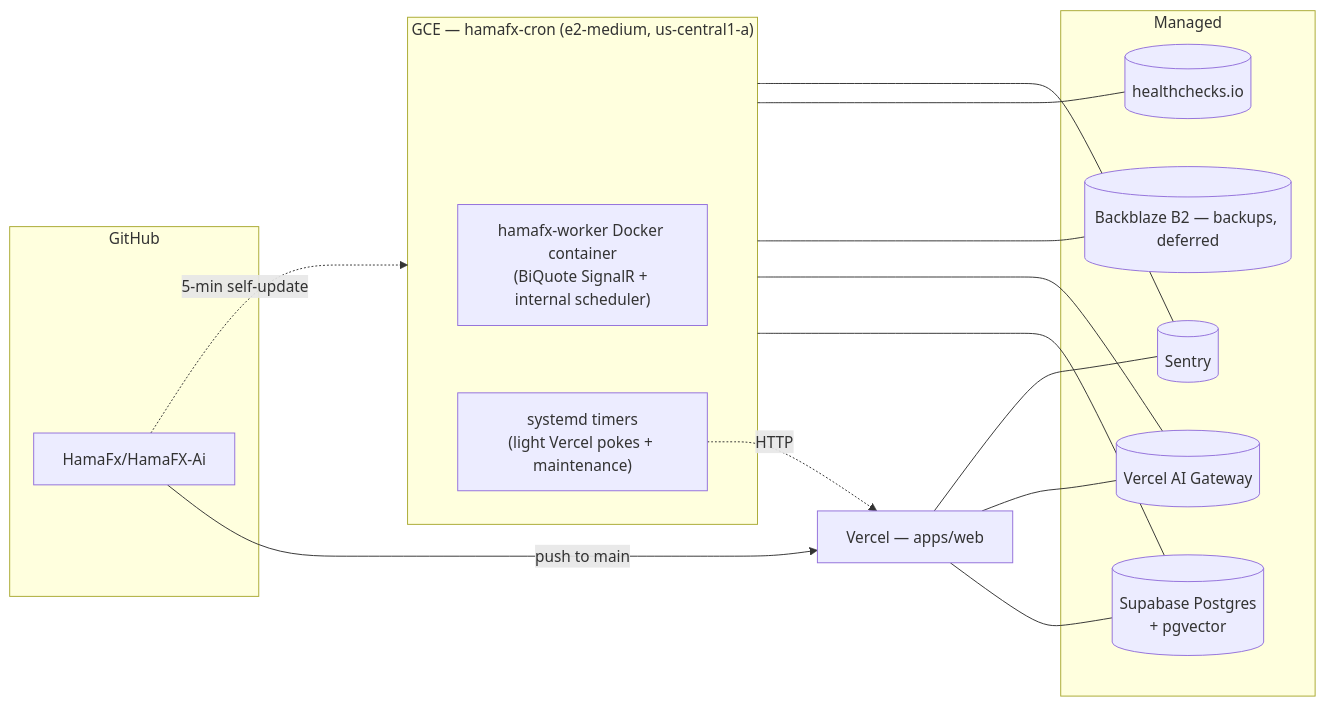
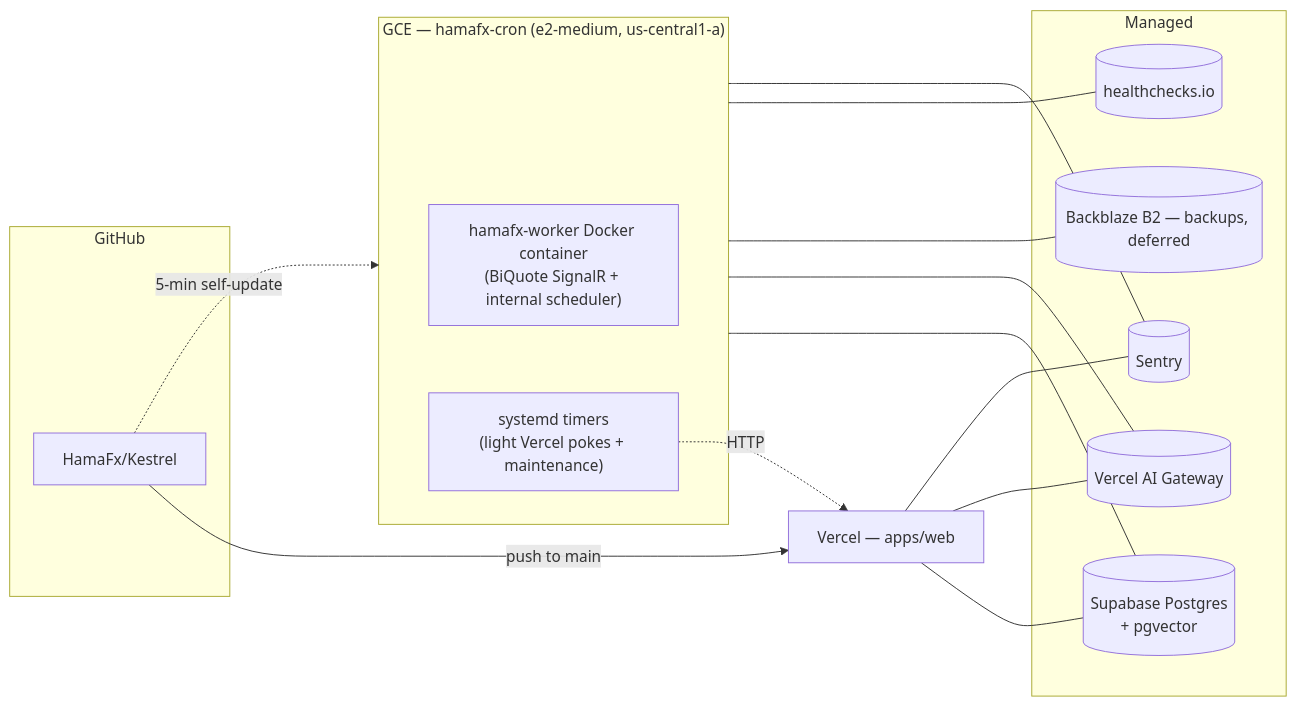
One commit to HamaFx/Kestrel changed the diagram in docs/08-deployment.md. Above: the diagram before and after it, drawn with Mermaid. The commit also changed other lines of this file and 2421 other files, not shown here.

First line of the commit message:
feat(release): rebrand HamaFX-Ai to Kestrel with new logo and identity

````diff
--- a/docs/08-deployment.md
+++ b/docs/08-deployment.md
@@ -13,32 +13,32 @@
 ```mermaid
 flowchart LR
     subgraph GH[GitHub]
-        REPO[HamaFx/HamaFX-Ai]
+        REPO[HamaFx/Kestrel]
     end
 
     REPO -->|push to main| VC[Vercel — apps/web]
     REPO -.5-min self-update.-> VM
 
     subgraph VM["GCE — hamafx-cron (e2-medium, us-central1-a)"]
         Worker["hamafx-worker Docker container<br/>(BiQuote SignalR + internal scheduler)"]
         Timers["systemd timers<br/>(light Vercel pokes + maintenance)"]
     end
 
     subgraph Managed
         SB[(Supabase Postgres<br/>+ pgvector)]
         GW[(Vercel AI Gateway)]
         B2[(Backblaze B2 — backups, deferred)]
         HC[(healthchecks.io)]
         Sentry[(Sentry)]
     end
 
     VC --- SB
     VC --- GW
     VC --- Sentry
     VM --- SB
     VM --- GW
     VM --- B2
     VM --- HC
     VM --- Sentry
     Timers -.HTTP.-> VC
 ```
````
